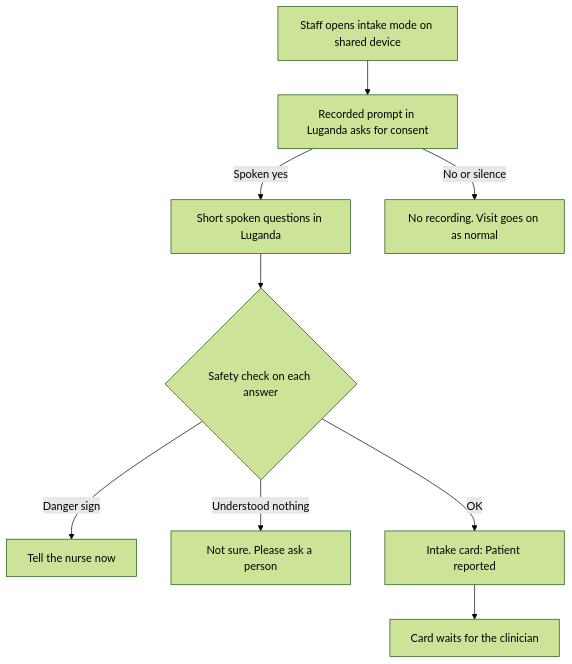
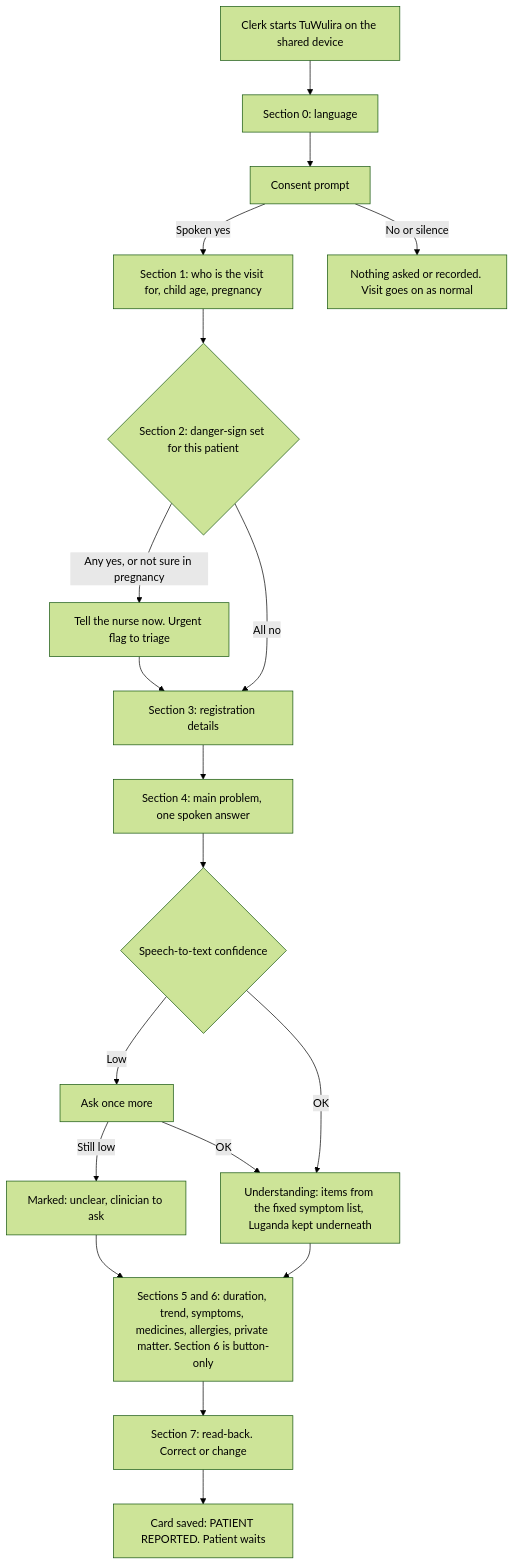
Before and after one commit to Asia-ThePerson/Hacknation2026_TuWulira: the second of 8 diagrams in docs/product/user-flows.md, drawn with Mermaid (forest theme). The commit also changed other lines of this file and 36 other files, not shown here.

````diff
--- a/docs/product/user-flows.md
+++ b/docs/product/user-flows.md
@@ -7,11 +30,21 @@
 ```mermaid
 flowchart TD
-  A[Staff opens intake mode on shared device] --> B[Recorded prompt in Luganda asks for consent]
-  B -->|Spoken yes| C[Short spoken questions in Luganda]
-  B -->|No or silence| X[No recording. Visit goes on as normal]
-  C --> D{Safety check on each answer}
-  D -->|Danger sign| DS[Tell the nurse now]
-  D -->|Understood nothing| AP[Not sure. Please ask a person]
-  D -->|OK| E[Intake card: Patient reported]
-  E --> F[Card waits for the clinician]
+  A[Clerk starts TuWulira on the shared device] --> L[Section 0: language]
+  L --> B[Consent prompt]
+  B -->|Spoken yes| W[Section 1: who is the visit for, child age, pregnancy]
+  B -->|No or silence| X[Nothing asked or recorded. Visit goes on as normal]
+  W --> D{Section 2: danger-sign set for this patient}
+  D -->|Any yes, or not sure in pregnancy| DS[Tell the nurse now. Urgent flag to triage]
+  D -->|All no| R[Section 3: registration details]
+  DS --> R
+  R --> M[Section 4: main problem, one spoken answer]
+  M --> T{Speech-to-text confidence}
+  T -->|Low| M2[Ask once more]
+  M2 -->|Still low| U[Marked: unclear, clinician to ask]
+  T -->|OK| N[Understanding: items from the fixed symptom list, Luganda kept underneath]
+  M2 -->|OK| N
+  U --> F[Sections 5 and 6: duration, trend, symptoms, medicines, allergies, private matter. Section 6 is button-only]
+  N --> F
+  F --> RB[Section 7: read-back. Correct or change]
+  RB --> K[Card saved: PATIENT REPORTED. Patient waits]
 ```
````
